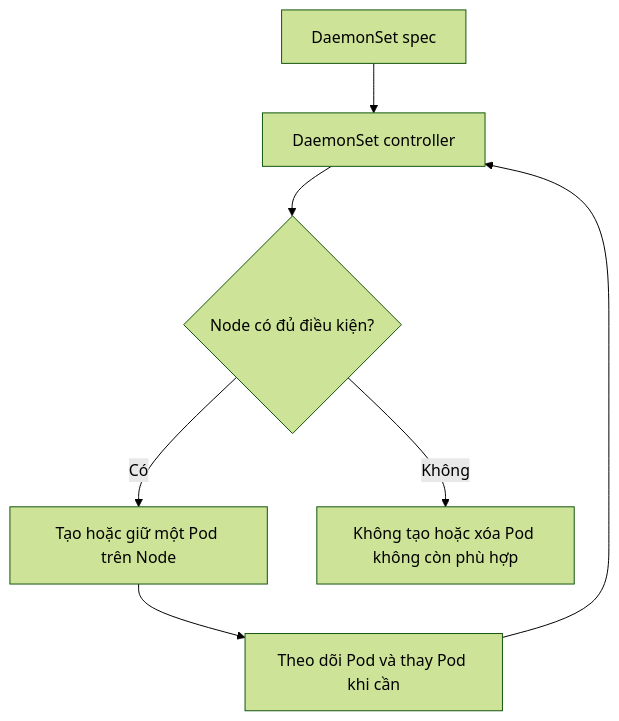
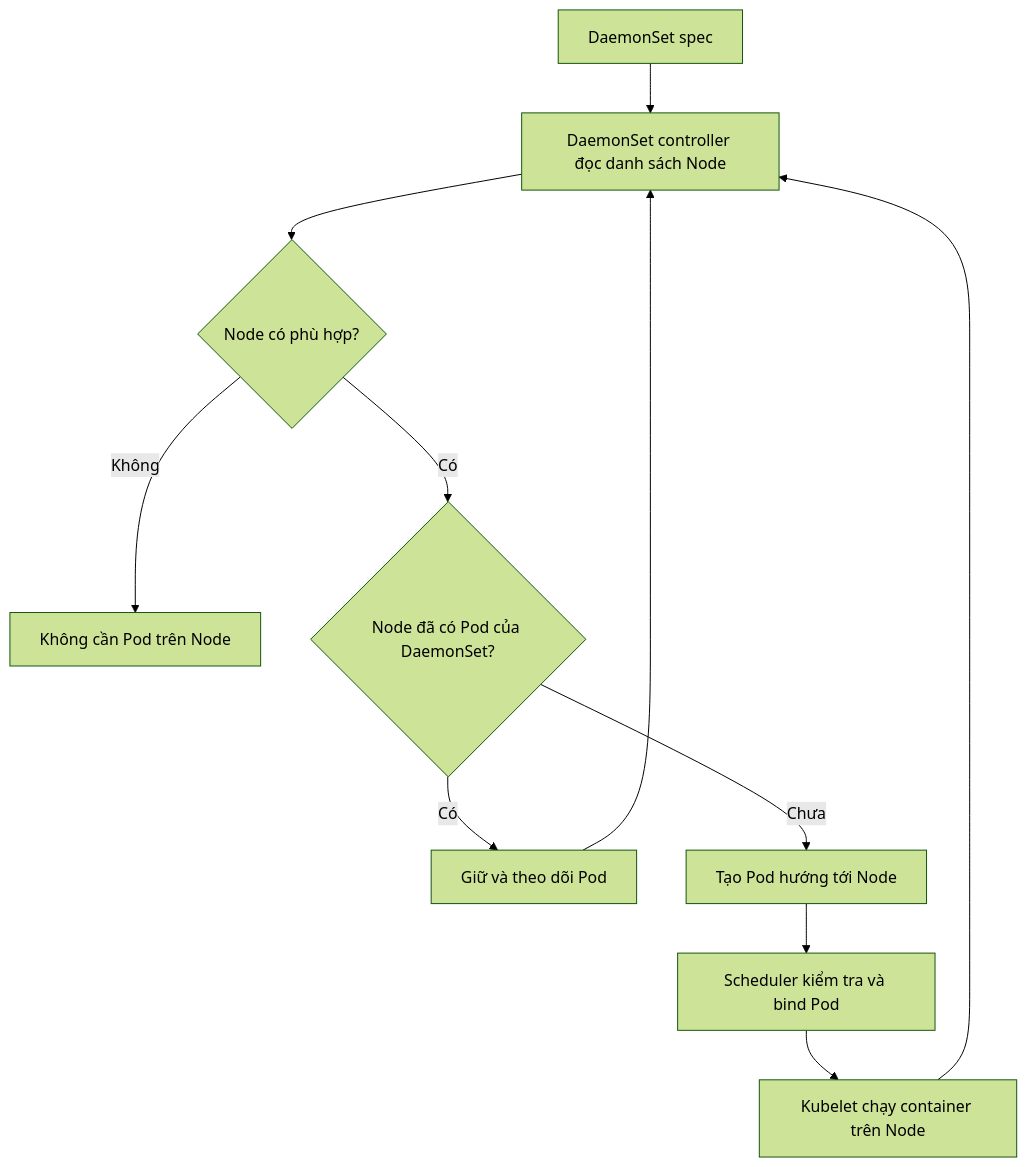
Before and after one commit to vanhiep99w/k8s-learn: the diagram in content/docs/workloads/daemonset.md, drawn with Mermaid (forest theme). The commit also changed other lines of this file and 2 other files, not shown here.

Commit message:
docs: viết lại hướng dẫn Pod và DaemonSet

````diff
--- a/content/docs/workloads/daemonset.md
+++ b/content/docs/workloads/daemonset.md
@@ -82,9 +126,13 @@
 ```mermaid
 flowchart TD
-    S[DaemonSet spec] --> C[DaemonSet controller]
-    C --> E{Node có đủ điều kiện?}
-    E -->|Có| P[Tạo hoặc giữ một Pod trên Node]
-    E -->|Không| X[Không tạo hoặc xóa Pod không còn phù hợp]
-    P --> R[Theo dõi Pod và thay Pod khi cần]
-    R --> C
+    A[DaemonSet spec] --> B[DaemonSet controller đọc danh sách Node]
+    B --> C{Node có phù hợp?}
+    C -->|Không| D[Không cần Pod trên Node]
+    C -->|Có| E{Node đã có Pod của DaemonSet?}
+    E -->|Có| F[Giữ và theo dõi Pod]
+    E -->|Chưa| G[Tạo Pod hướng tới Node]
+    G --> H[Scheduler kiểm tra và bind Pod]
+    H --> I[Kubelet chạy container trên Node]
+    F --> B
+    I --> B
 ```
````
